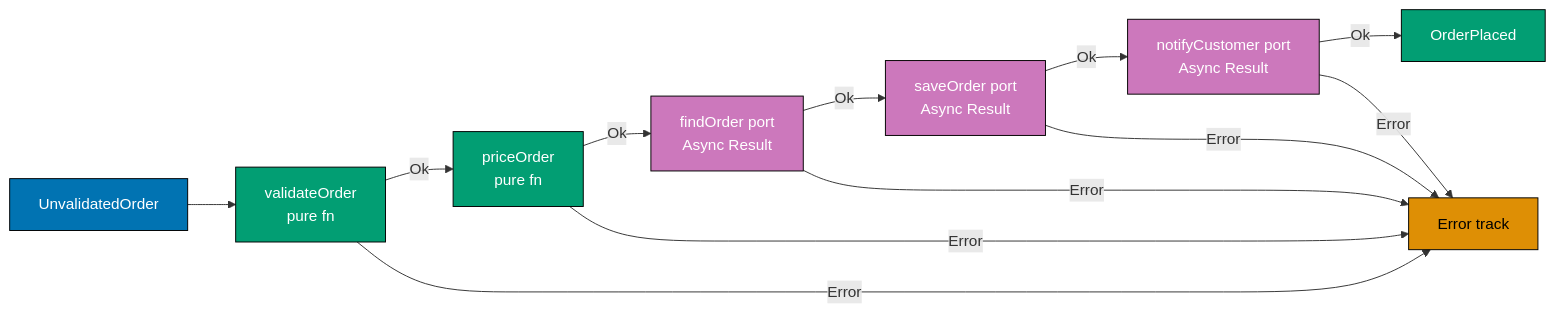
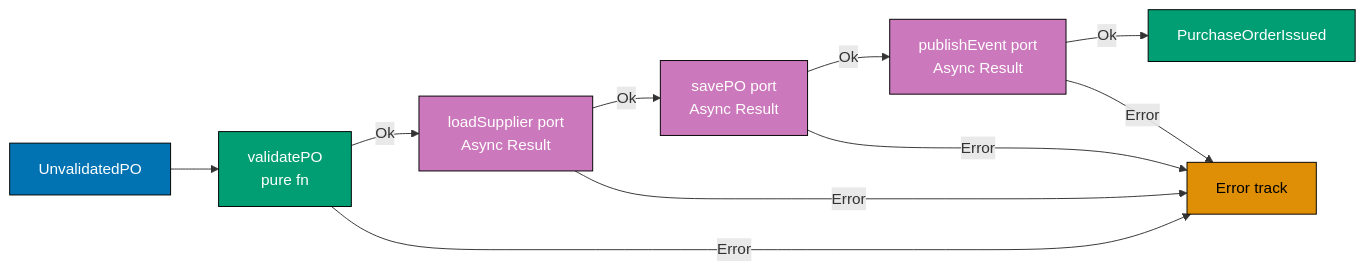
The second of 6 diagrams in apps/ayokoding-web/content/en/learn/software-engineering/architecture/hexagonal-architecture/fp-by-example/intermediate.md (wahidyankf/open-sharia-enterprise), drawn with Mermaid before and after one commit. The commit also changed other lines of this file and 38 other files, not shown here.

First line of the commit message:
docs(ayokoding-web): unify architecture tutorials on shared P2P domain

````diff
--- a/apps/ayokoding-web/content/en/learn/software-engineering/architecture/hexagonal-architecture/fp-by-example/intermediate.md
+++ b/apps/ayokoding-web/content/en/learn/software-engineering/architecture/hexagonal-architecture/fp-by-example/intermediate.md
@@ -292,28 +267,25 @@
 ```mermaid
 graph LR
-    IN["UnvalidatedOrder"]:::blue
-    V["validateOrder\npure fn"]:::teal
-    P["priceOrder\npure fn"]:::teal
-    R["findOrder port\nAsync Result"]:::purple
-    S["saveOrder port\nAsync Result"]:::purple
-    N["notifyCustomer port\nAsync Result"]:::purple
-    OUT["OrderPlaced"]:::teal
+    IN["UnvalidatedPO"]:::blue
+    V["validatePO\npure fn"]:::teal
+    R["loadSupplier port\nAsync Result"]:::purple
+    S["savePO port\nAsync Result"]:::purple
+    P["publishEvent port\nAsync Result"]:::purple
+    OUT["PurchaseOrderIssued"]:::teal
     ERR["Error track"]:::orange
 
     IN --> V
-    V -->|Ok| P
+    V -->|Ok| R
     V -->|Error| ERR
-    P -->|Ok| R
-    P -->|Error| ERR
     R -->|Ok| S
     R -->|Error| ERR
-    S -->|Ok| N
+    S -->|Ok| P
     S -->|Error| ERR
-    N -->|Ok| OUT
-    N -->|Error| ERR
+    P -->|Ok| OUT
+    P -->|Error| ERR
 
     classDef blue fill:#0173B2,stroke:#000,color:#fff
     classDef teal fill:#029E73,stroke:#000,color:#fff
     classDef purple fill:#CC78BC,stroke:#000,color:#fff
     classDef orange fill:#DE8F05,stroke:#000,color:#000
 ```
````
